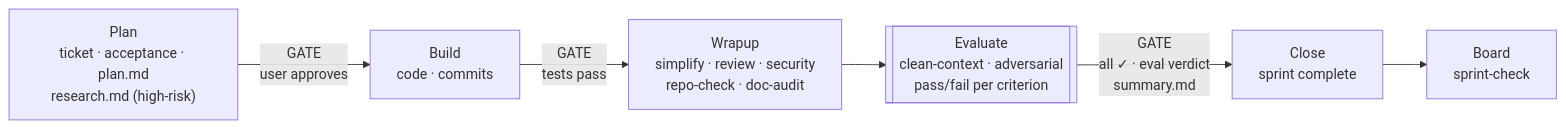
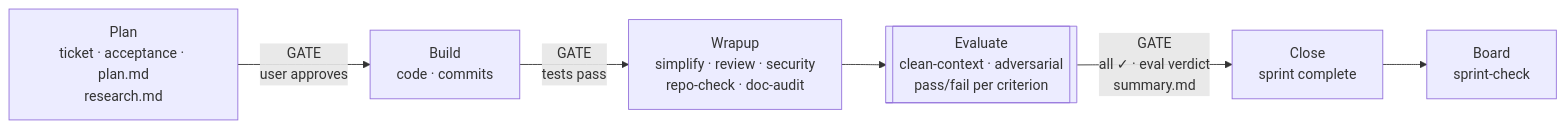
The diagram in README.md (sunitghub/canon-skills), drawn with Mermaid before and after one commit. The commit also changed other lines of this file and 14 other files, not shown here.

````diff
--- a/README.md
+++ b/README.md
@@ -189,15 +189,15 @@
 ```mermaid
 flowchart LR
-    P["Plan\nticket · acceptance · plan.md\nresearch.md (high-risk)"]
+    P["Plan\nticket · acceptance · plan.md\nresearch.md"]
     B["Build\ncode · commits"]
     W["Wrapup\nsimplify · review · security\nrepo-check · doc-audit"]
     E[["Evaluate\nclean-context · adversarial\npass/fail per criterion"]]
     C["Close\nsprint complete"]
     D["Board\nsprint-check"]
 
     P -->|"GATE\nuser approves"| B
     B -->|"GATE\ntests pass"| W
     W --> E
     E -->|"GATE\nall ✓ · eval verdict\nsummary.md"| C
     C --> D
 ```
````
